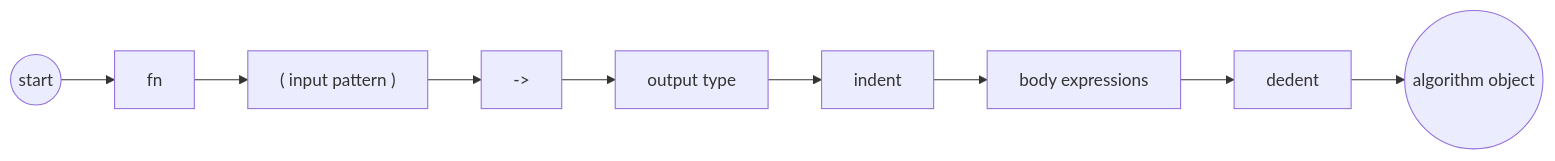
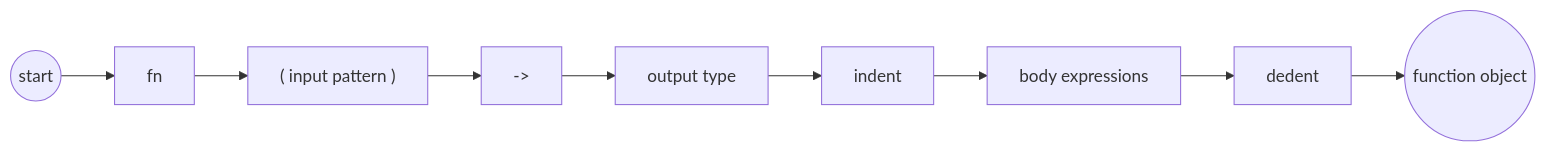
Before and after one commit to matslil/topal: the second of 2 diagrams in syntax.md, drawn with Mermaid. The commit also changed other lines of this file and 25 other files, not shown here.

````diff
--- a/syntax.md
+++ b/syntax.md
@@ -1097,11 +1097,11 @@
 ```mermaid
 flowchart LR
     start((start)) --> fn["fn"]
     fn --> input["( input pattern )"]
     input --> arrow["->"]
     arrow --> output["output type"]
     output --> indent["indent"]
     indent --> body["body expressions"]
     body --> dedent["dedent"]
-    dedent --> finish((algorithm object))
+    dedent --> finish((function object))
 ```
````
